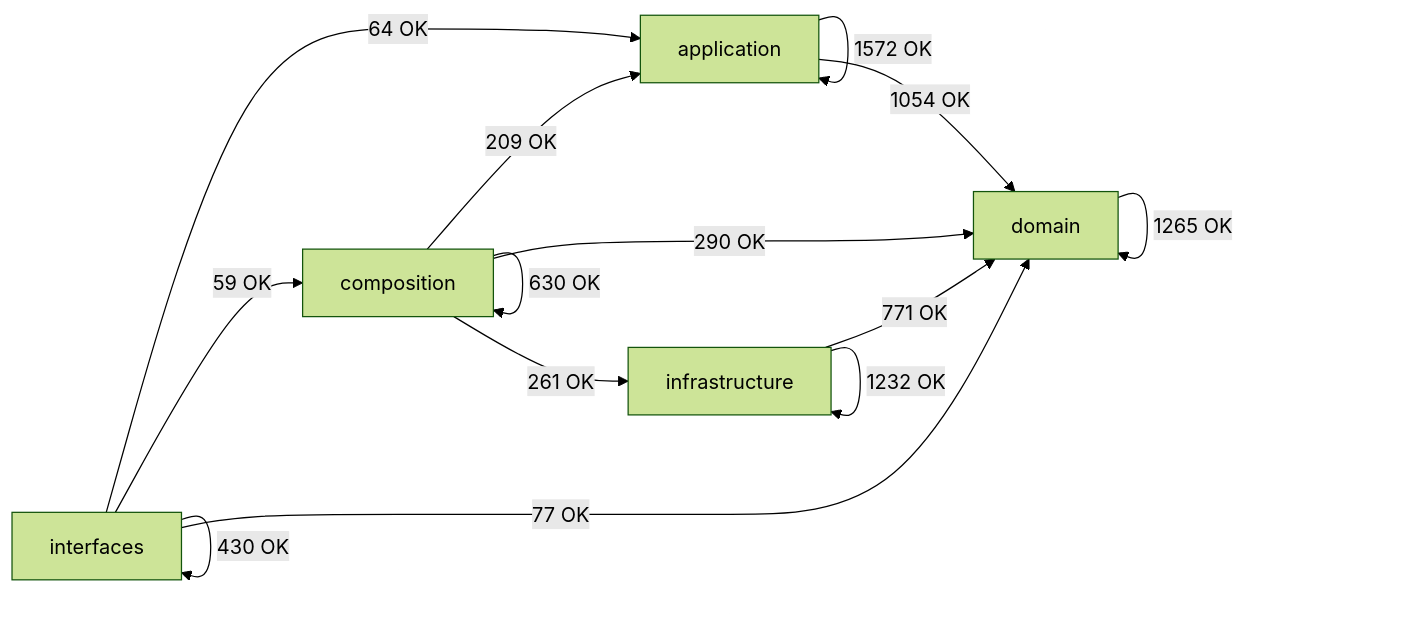
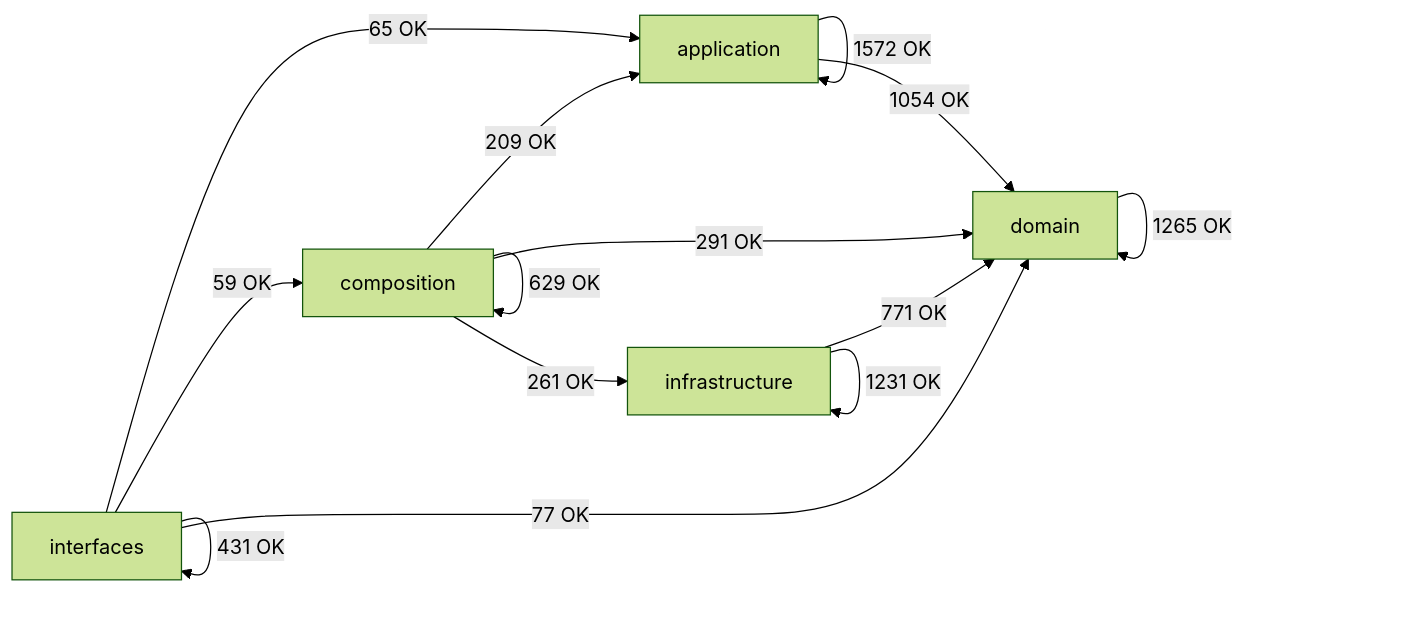
One commit to SatoryKono/BioactivityDataAcquisition changed the diagram in docs/02-architecture/generated/module-dependency-map.md. Above: the diagram before and after it, drawn with Mermaid (forest theme). The commit also changed other lines of this file and 13 other files, not shown here.

````diff
--- a/docs/02-architecture/generated/module-dependency-map.md
+++ b/docs/02-architecture/generated/module-dependency-map.md
@@ -17,21 +17,21 @@
 ```mermaid
 flowchart LR
     domain[domain]
     application[application]
     infrastructure[infrastructure]
     composition[composition]
     interfaces[interfaces]
     application -->|1572 OK| application
     application -->|1054 OK| domain
     composition -->|209 OK| application
-    composition -->|630 OK| composition
-    composition -->|290 OK| domain
+    composition -->|629 OK| composition
+    composition -->|291 OK| domain
     composition -->|261 OK| infrastructure
     domain -->|1265 OK| domain
     infrastructure -->|771 OK| domain
-    infrastructure -->|1232 OK| infrastructure
-    interfaces -->|64 OK| application
+    infrastructure -->|1231 OK| infrastructure
+    interfaces -->|65 OK| application
     interfaces -->|59 OK| composition
     interfaces -->|77 OK| domain
-    interfaces -->|430 OK| interfaces
+    interfaces -->|431 OK| interfaces
 ```
````
